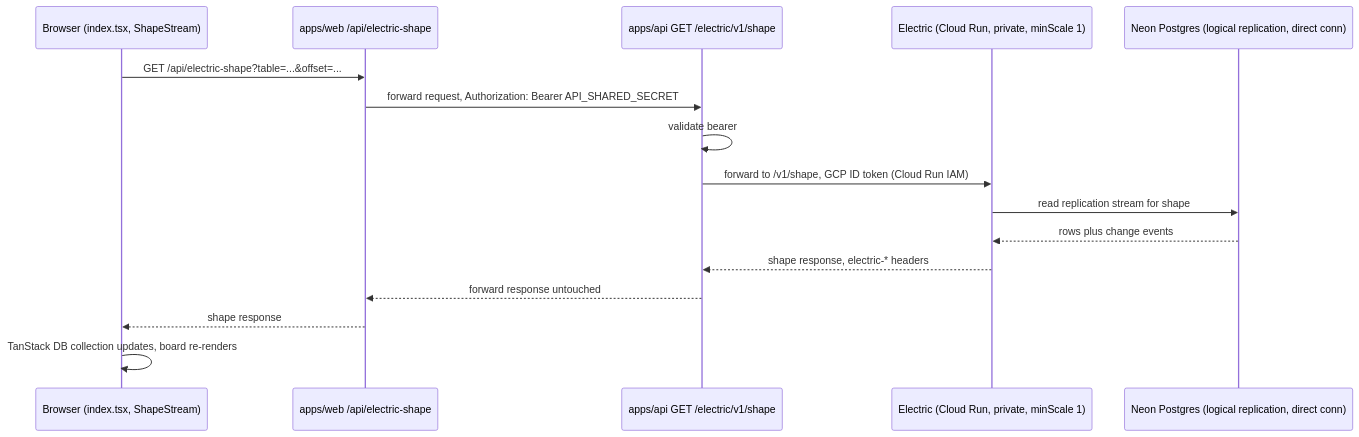
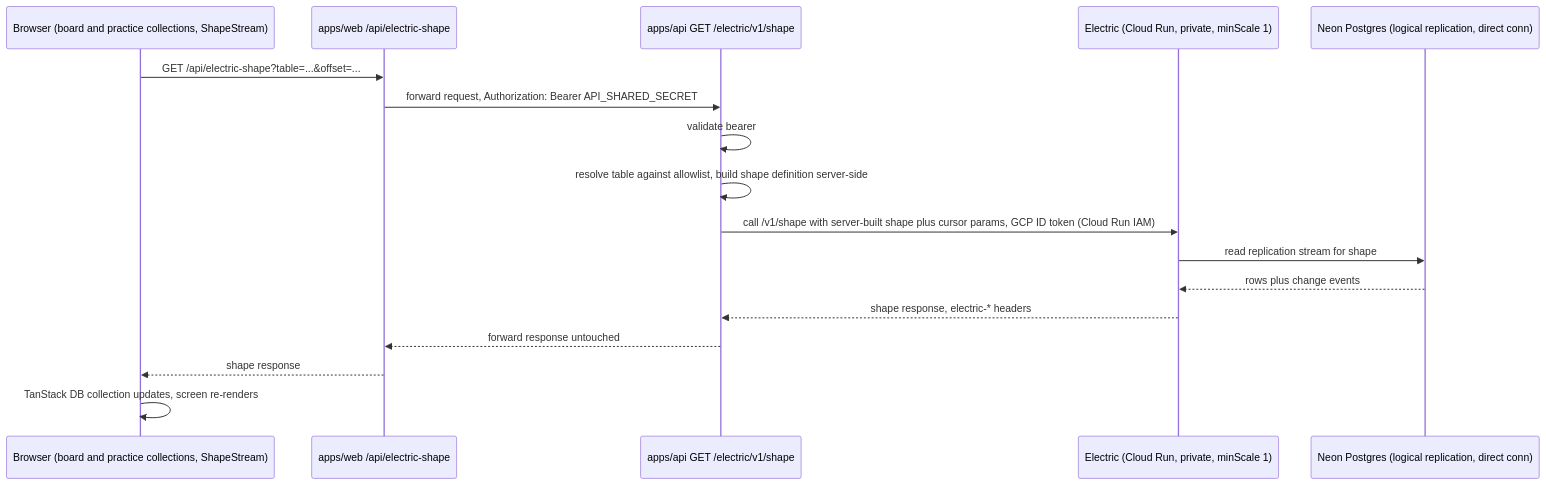
Before and after one commit to ikushlianski/post-anki: the diagram in docs/architecture/local-first-electric-sync.md, drawn with Mermaid. The commit also changed other lines of this file and 2 other files, not shown here.

First line of the commit message:
chore(electric): wire prod deploy behind a flag, fix doc drift

````diff
--- a/docs/architecture/local-first-electric-sync.md
+++ b/docs/architecture/local-first-electric-sync.md
@@ -63,19 +89,20 @@
 ```mermaid
 sequenceDiagram
-    participant Browser as Browser (index.tsx, ShapeStream)
+    participant Browser as Browser (board and practice collections, ShapeStream)
     participant WebRoute as apps/web /api/electric-shape
     participant ApiGate as apps/api GET /electric/v1/shape
     participant Electric as Electric (Cloud Run, private, minScale 1)
     participant Neon as Neon Postgres (logical replication, direct conn)
 
     Browser->>WebRoute: GET /api/electric-shape?table=...&offset=...
     WebRoute->>ApiGate: forward request, Authorization: Bearer API_SHARED_SECRET
     ApiGate->>ApiGate: validate bearer
-    ApiGate->>Electric: forward to /v1/shape, GCP ID token (Cloud Run IAM)
+    ApiGate->>ApiGate: resolve table against allowlist, build shape definition server-side
+    ApiGate->>Electric: call /v1/shape with server-built shape plus cursor params, GCP ID token (Cloud Run IAM)
     Electric->>Neon: read replication stream for shape
     Neon-->>Electric: rows plus change events
     Electric-->>ApiGate: shape response, electric-* headers
     ApiGate-->>WebRoute: forward response untouched
     WebRoute-->>Browser: shape response
-    Browser->>Browser: TanStack DB collection updates, board re-renders
+    Browser->>Browser: TanStack DB collection updates, screen re-renders
 ```
````
